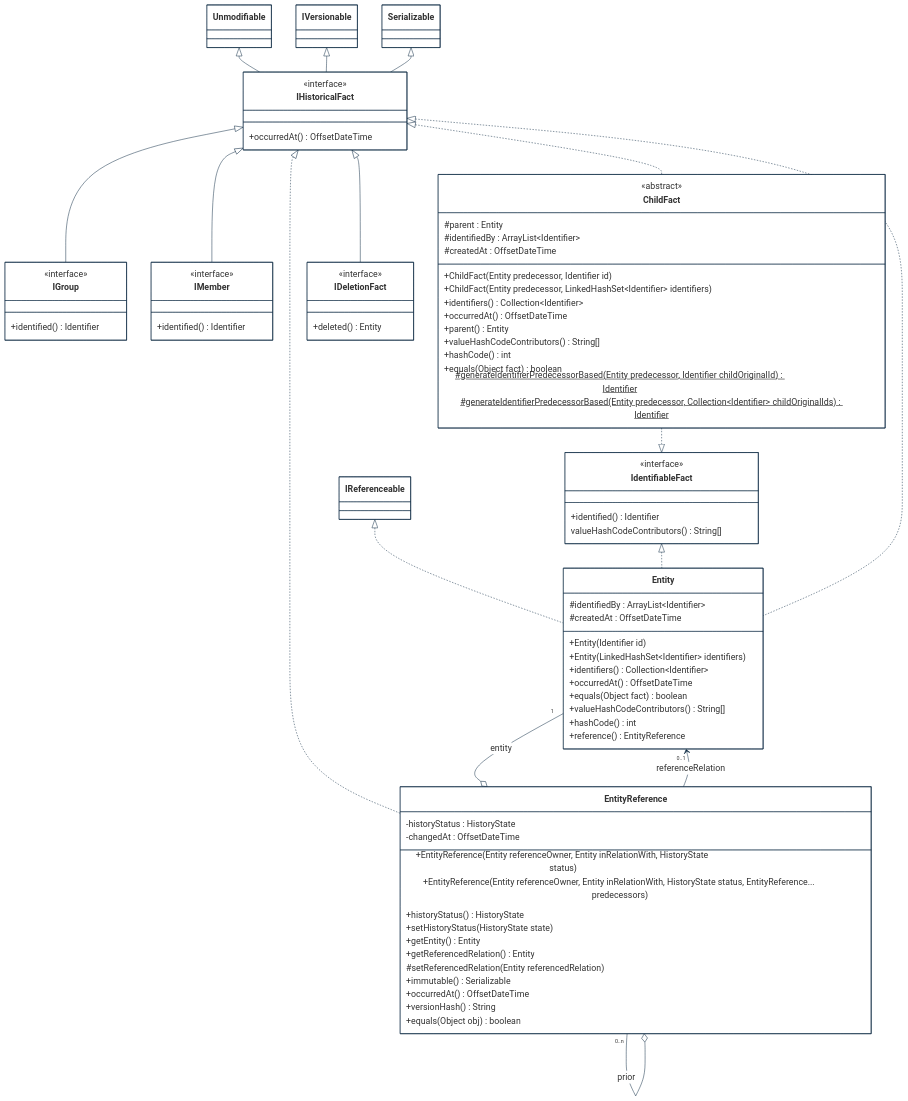
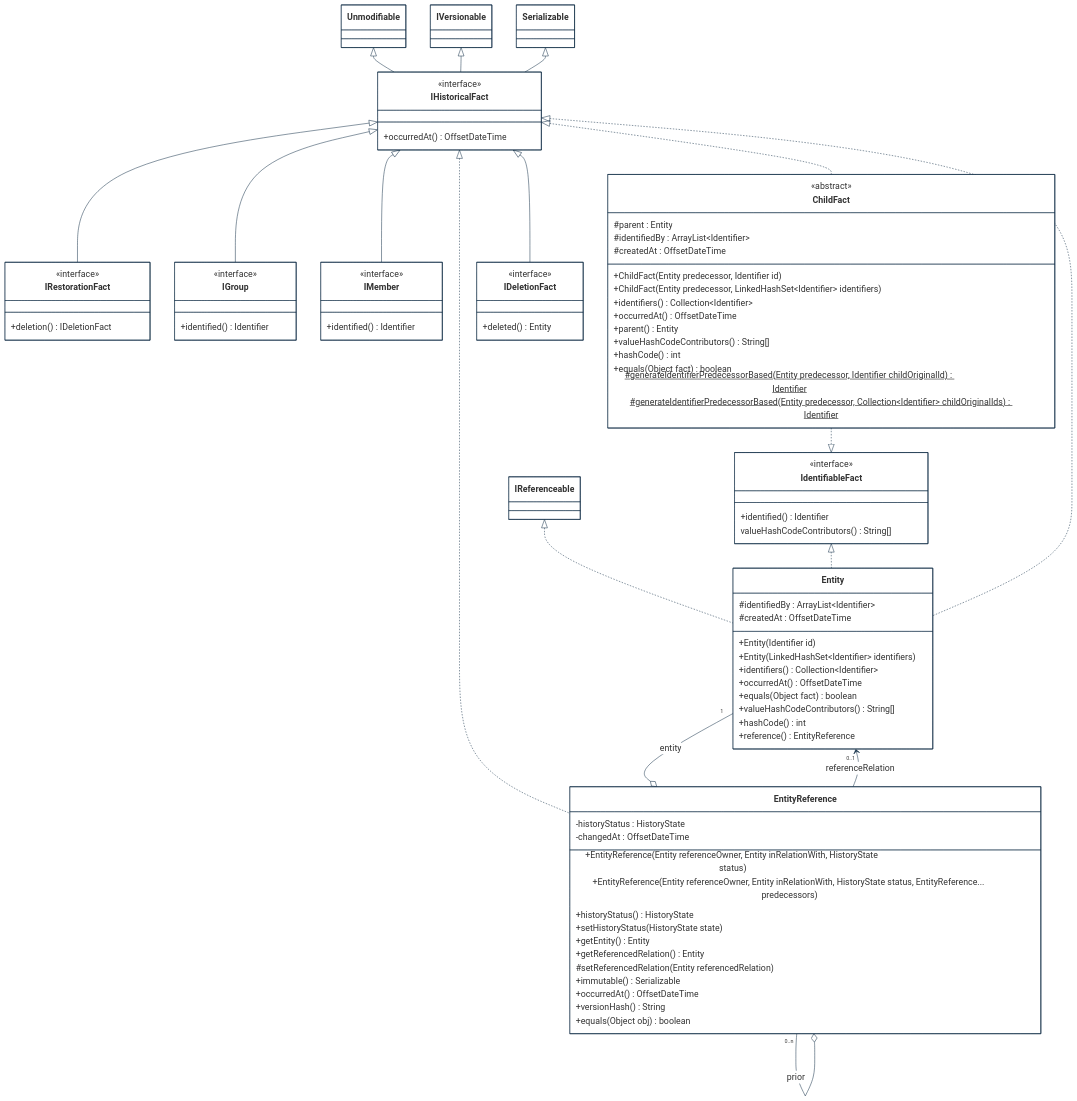
The first of 7 diagrams in implementations-line/framework/immutable/designview-packages.md (cybnity/foundation), drawn with Mermaid before and after one commit. The commit also changed other lines of this file, not shown here.

```diff
--- a/implementations-line/framework/immutable/designview-packages.md
+++ b/implementations-line/framework/immutable/designview-packages.md
@@ -64,6 +66,7 @@
     Unmodifiable <|-- IHistoricalFact
     IVersionable <|-- IHistoricalFact
     Serializable <|-- IHistoricalFact
+    IHistoricalFact <|-- IRestorationFact
     IHistoricalFact <|-- IGroup
     IHistoricalFact <|-- IMember
     IReferenceable <|.. Entity
@@ -80,6 +83,10 @@
     class IHistoricalFact {
         <<interface>>
         +occurredAt() OffsetDateTime
+    }
+    class IRestorationFact {
+        <<interface>>
+        +deletion() IDeletionFact
     }
     class IMember {
         <<interface>>
```
